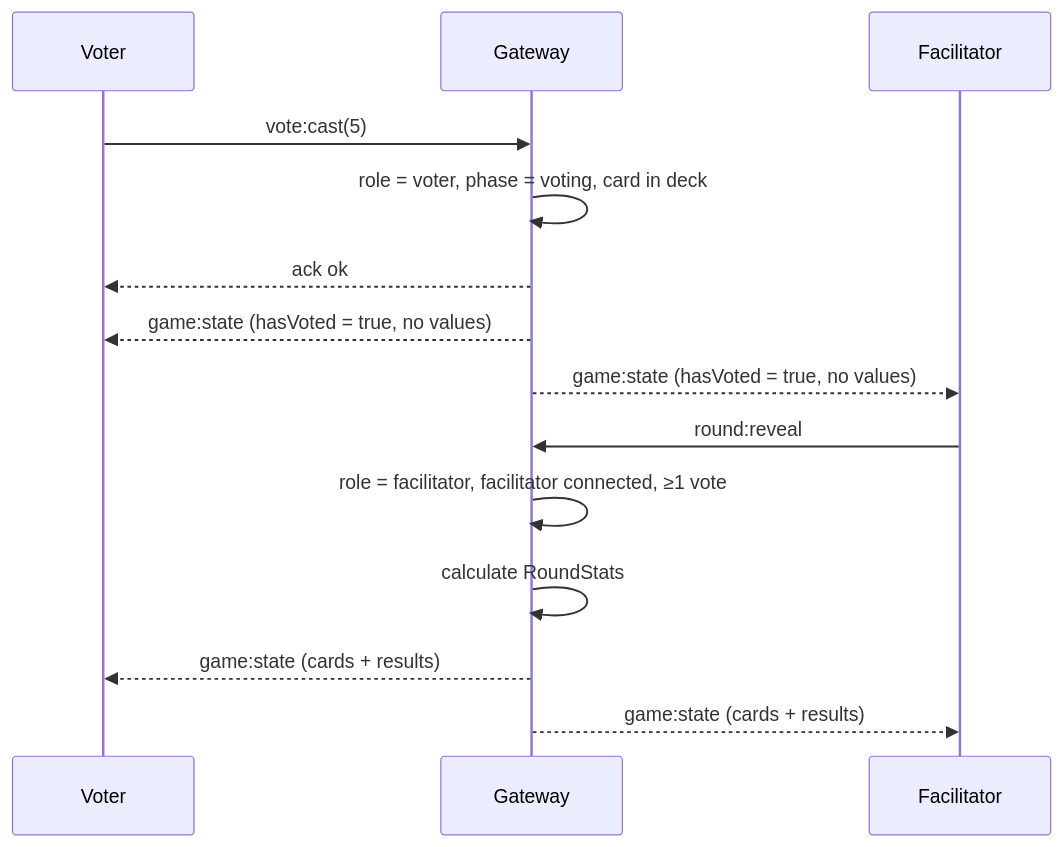
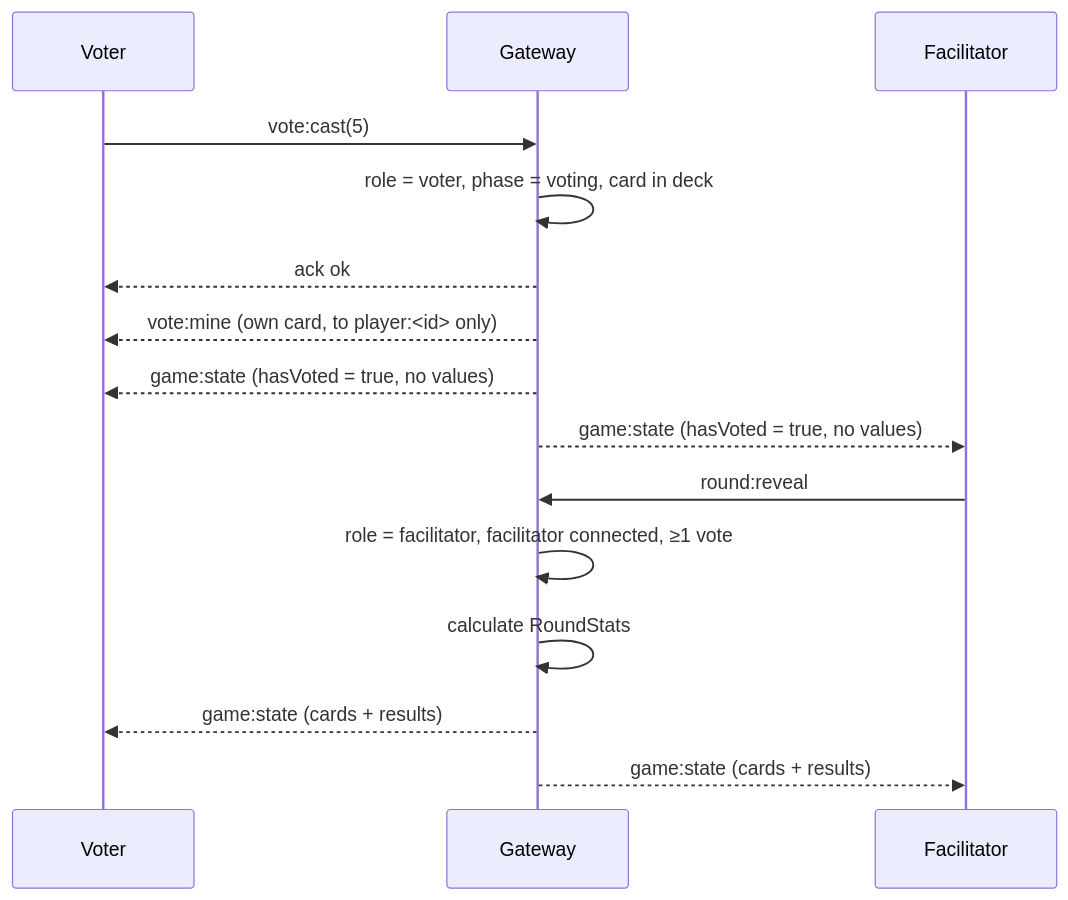
One commit to sthirion/axon changed the fourth of 4 diagrams in .github/memorybank/features/planning-poker/design.md. Above: the diagram before and after it, drawn with Mermaid. The commit also changed other lines of this file and 48 other files, not shown here.

````diff
--- a/.github/memorybank/features/planning-poker/design.md
+++ b/.github/memorybank/features/planning-poker/design.md
@@ -152,16 +166,17 @@
 ```mermaid
 sequenceDiagram
   participant V as Voter
   participant RT as Gateway
   participant F as Facilitator
   V->>RT: vote:cast(5)
   RT->>RT: role = voter, phase = voting, card in deck
   RT-->>V: ack ok
+  RT-->>V: vote:mine (own card, to player:<id> only)
   RT-->>V: game:state (hasVoted = true, no values)
   RT-->>F: game:state (hasVoted = true, no values)
   F->>RT: round:reveal
   RT->>RT: role = facilitator, facilitator connected, ≥1 vote
   RT->>RT: calculate RoundStats
   RT-->>V: game:state (cards + results)
   RT-->>F: game:state (cards + results)
 ```
````
